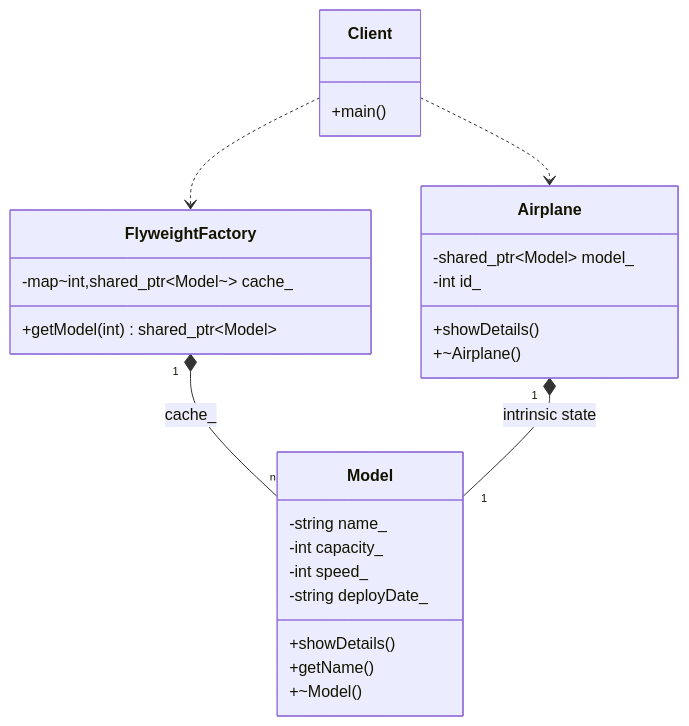
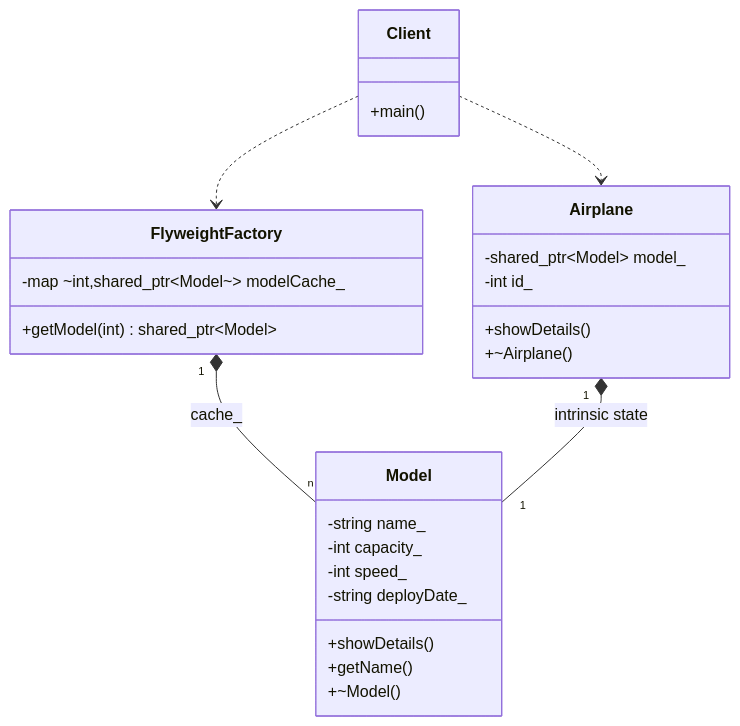
The diagram in 13_Flyweight/diagram.md (Cichlidfishexigency721/Modern-CPP-Design-Patterns), drawn with Mermaid before and after one commit.

Commit message:
UML improvement

````diff
--- a/13_Flyweight/diagram.md
+++ b/13_Flyweight/diagram.md
@@ -3,38 +3,38 @@
 ```mermaid
 classDiagram
    class Model {
       -string name_
       -int capacity_
       -int speed_
       -string deployDate_
       +showDetails()
       +getName()
       +~Model()
    }
 
    class FlyweightFactory {
-      -map~int,shared_ptr~Model~~ cache_
+      -map ~int,shared_ptr~Model~~ modelCache_
       +getModel(int) shared_ptr~Model~
    }
 
    class Airplane {
       -shared_ptr~Model~ model_
       -int id_
       +showDetails()
       +~Airplane()
    }
 
    class Client {
       +main()
    }
 
    %% The Factory owns and manages the pool of shared models
    FlyweightFactory "1" *-- "n" Model : cache_
 
    %% Many Airplanes share the same single Model instance
    Airplane "1" *-- "1" Model : intrinsic state
 
    %% Client interacts with the factory to get models and creates airplanes
    Client ..> FlyweightFactory
    Client ..> Airplane
 ```
````
